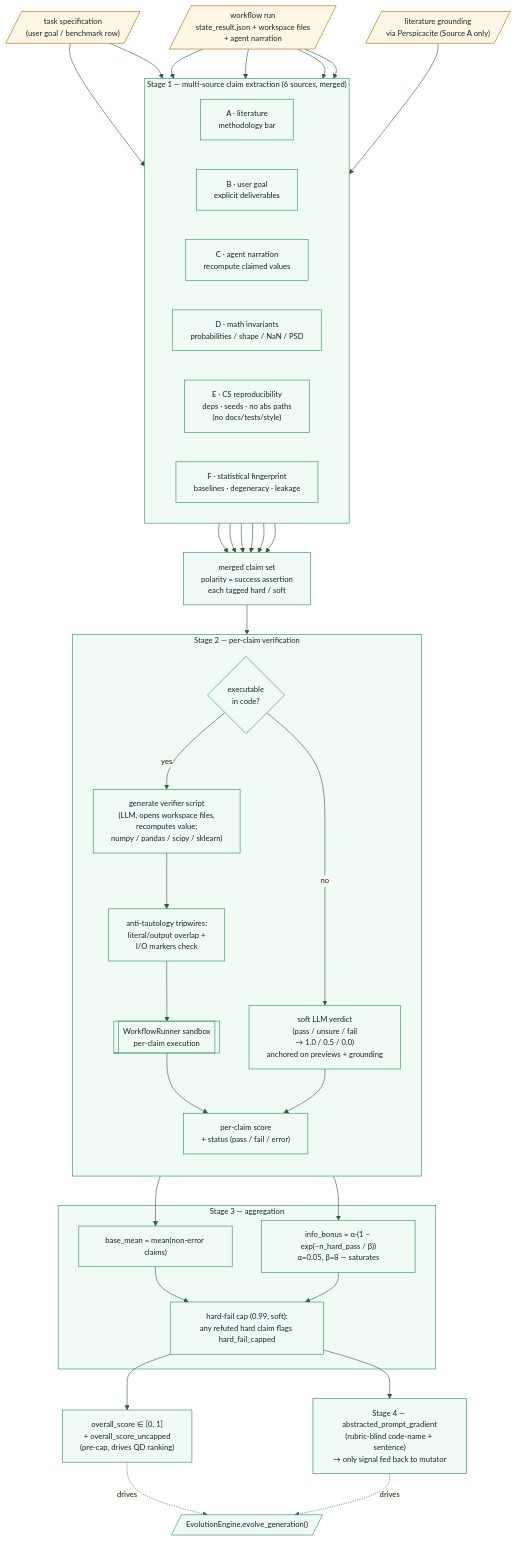
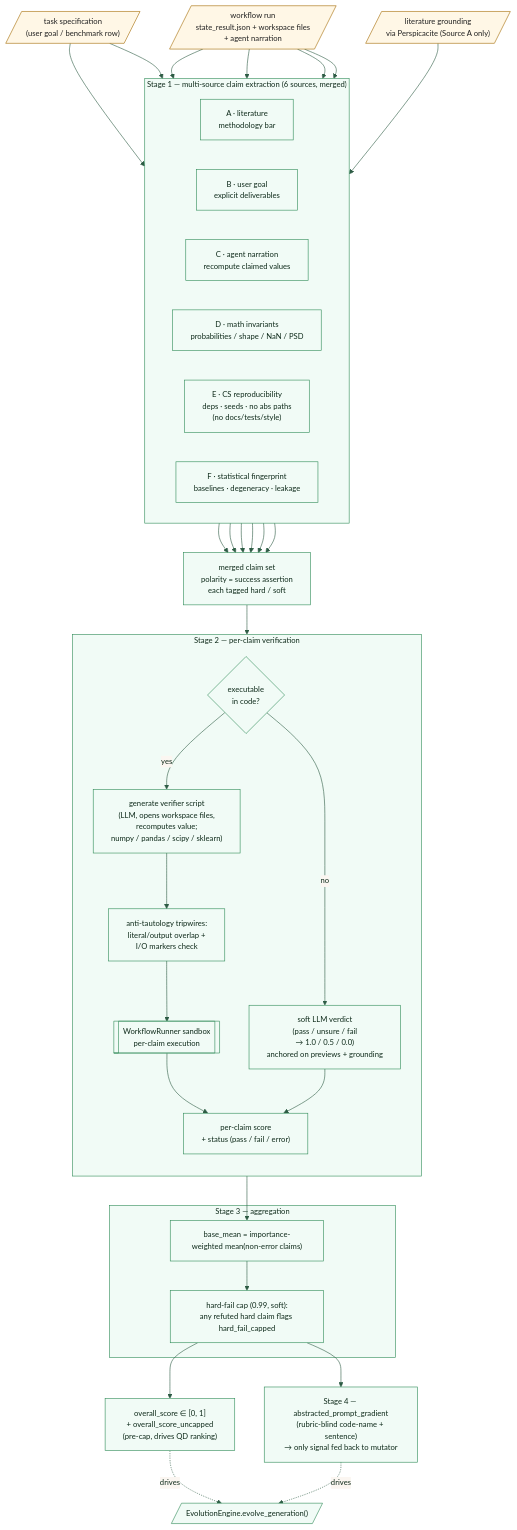
Before and after one commit to HolobiomicsLab/Mimosa-AI: the diagram in docs/diagrams/verifiers_judge.mermaid, drawn with Mermaid. The commit also changed 7 other files, not shown here.

```diff
--- a/docs/diagrams/verifiers_judge.mermaid
+++ b/docs/diagrams/verifiers_judge.mermaid
@@ -1,81 +1,78 @@
 %%{init: {"theme": "base", "themeVariables": {
   "primaryColor": "#F1FBF6",
   "primaryBorderColor": "#2E8B57",
   "primaryTextColor": "#0E2A1A",
   "lineColor": "#2E5C45",
   "fontSize": "13px"
 }} }%%
 flowchart TB
     %% ===== inputs =====
     Run[/"workflow run<br/>state_result.json + workspace files<br/>+ agent narration"/]
     TaskSpec[/"task specification<br/>(user goal / benchmark row)"/]
     Lit[/"literature grounding<br/>via Perspicacite (Source A only)"/]
 
     %% ===== Stage 1: multi-source claim extraction =====
     subgraph Extract["Stage 1 — multi-source claim extraction (6 sources, merged)"]
         direction LR
         SA["A · literature<br/>methodology bar"]
         SB["B · user goal<br/>explicit deliverables"]
         SC["C · agent narration<br/>recompute claimed values"]
         SD["D · math invariants<br/>probabilities / shape / NaN / PSD"]
         SE["E · CS reproducibility<br/>deps · seeds · no abs paths<br/>(no docs/tests/style)"]
         SF["F · statistical fingerprint<br/>baselines · degeneracy · leakage"]
     end
     TaskSpec --> SA
     TaskSpec --> SB
     Run --> SC
     Run --> SD
     Run --> SE
     Run --> SF
     Lit --> SA
 
     Claims["merged claim set<br/>polarity = success assertion<br/>each tagged hard / soft"]
     SA --> Claims
     SB --> Claims
     SC --> Claims
     SD --> Claims
     SE --> Claims
     SF --> Claims
 
     %% ===== Stage 2: per-claim verification =====
     subgraph Pipeline["Stage 2 — per-claim verification"]
         direction TB
         Classify{"executable<br/>in code?"}
         GenScript["generate verifier script<br/>(LLM, opens workspace files,<br/>recomputes value;<br/>numpy / pandas / scipy / sklearn)"]
         AntiTaut["anti-tautology tripwires:<br/>literal/output overlap +<br/>I/O markers check"]
         Sandbox[["WorkflowRunner sandbox<br/>per-claim execution"]]
         Soft["soft LLM verdict<br/>(pass / unsure / fail<br/>→ 1.0 / 0.5 / 0.0)<br/>anchored on previews + grounding"]
         ScoreClaim["per-claim score<br/>+ status (pass / fail / error)"]
     end
 
     Claims --> Classify
     Classify -- yes --> GenScript
     GenScript --> AntiTaut
     AntiTaut --> Sandbox
     Sandbox --> ScoreClaim
     Classify -- no --> Soft
     Soft --> ScoreClaim
 
     %% ===== Stage 3: aggregation =====
     subgraph Aggregate["Stage 3 — aggregation"]
-        Mean["base_mean = mean(non-error claims)"]
-        Bonus["info_bonus = α·(1 − exp(−n_hard_pass / β))<br/>α=0.05, β=8 — saturates"]
+        Mean["base_mean = importance-weighted mean(non-error claims)"]
         Cap["hard-fail cap (0.99, soft):<br/>any refuted hard claim flags hard_fail_capped"]
     end
 
     ScoreClaim --> Mean
-    ScoreClaim --> Bonus
     Mean --> Cap
-    Bonus --> Cap
 
     %% ===== Stage 4: abstracted prompt gradient =====
     Cap --> Overall["overall_score ∈ [0, 1]<br/>+ overall_score_uncapped<br/>(pre-cap, drives QD ranking)"]
     Cap --> Diag["Stage 4 — abstracted_prompt_gradient<br/>(rubric-blind code-name + sentence)<br/>→ only signal fed back to mutator"]
     Overall -. drives .-> Loop[/"EvolutionEngine.evolve_generation()"/]
     Diag -. drives .-> Loop
 
     %% ===== styling =====
     classDef stage fill:#F1FBF6,stroke:#2E8B57,stroke-width:1px,color:#0E2A1A;
     classDef external fill:#FFF7E6,stroke:#A36A00,color:#202020;
     class Extract,Pipeline,Aggregate stage;
     class Run,TaskSpec,Lit external;
```
